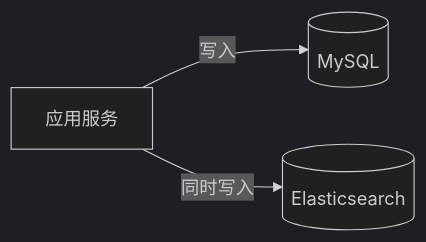
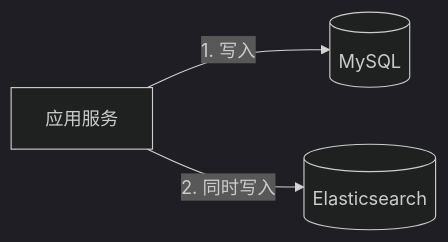
One commit to b1tzer/b1tzer.github.io changed the fifth of 7 diagrams in docs/07-elasticsearch/08-数据一致性.md. Above: the diagram before and after it, drawn with Mermaid (dark theme). The commit also changed other lines of this file and 4 other files, not shown here.

````diff
--- a/docs/07-elasticsearch/08-数据一致性.md
+++ b/docs/07-elasticsearch/08-数据一致性.md
@@ -27,5 +207,5 @@
 ```mermaid
 flowchart LR
-    App[应用服务] -->|写入| MySQL[(MySQL)]
-    App -->|同时写入| ES[(Elasticsearch)]
+    App[应用服务] -->|"1. 写入"| MySQL[(MySQL)]
+    App -->|"2. 同时写入"| ES[(Elasticsearch)]
 ```
````
